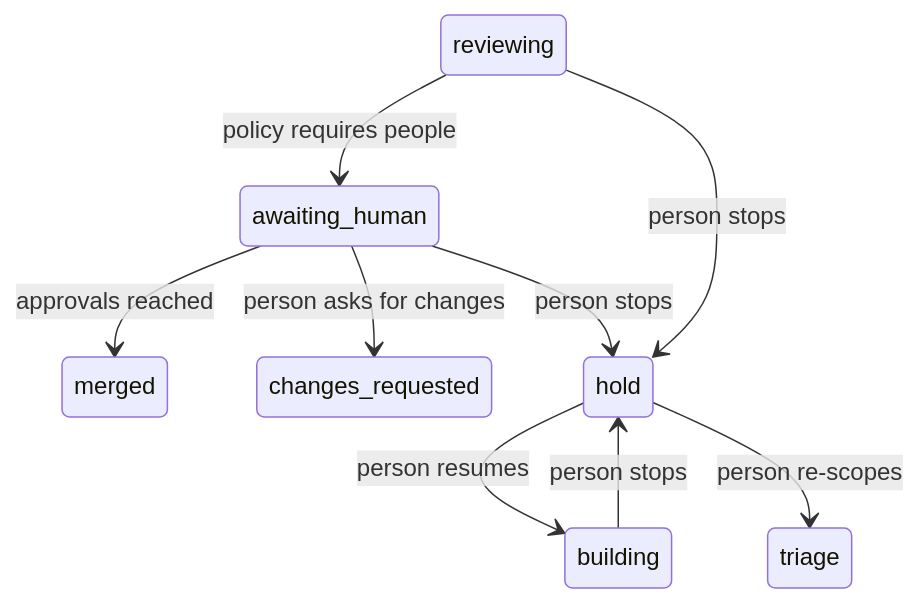
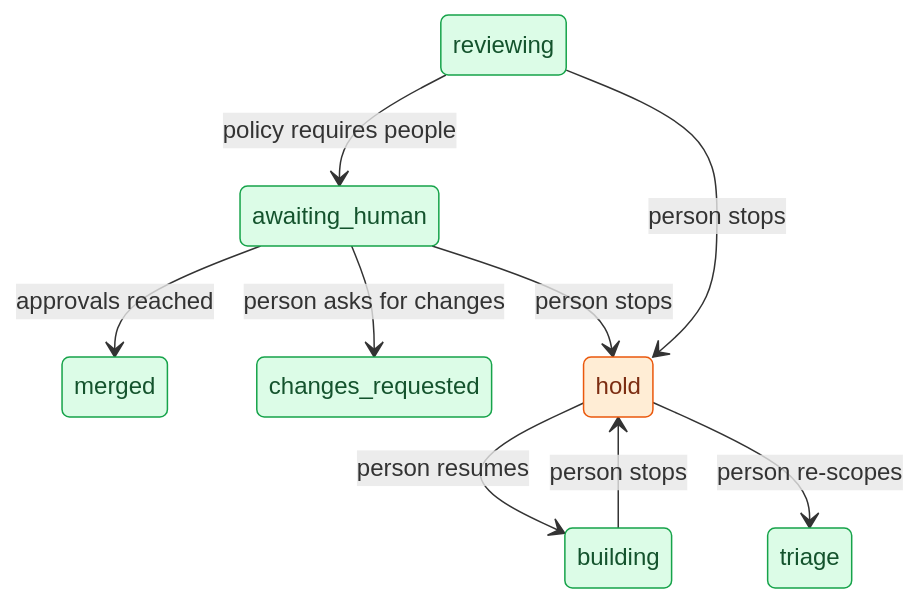
The diagram in docs/06-merge-policy/human-review-and-hold.md (icelink-ai/software-factory-manifesto), drawn with Mermaid before and after one commit. The commit also changed other lines of this file and 73 other files, not shown here.

````diff
--- a/docs/06-merge-policy/human-review-and-hold.md
+++ b/docs/06-merge-policy/human-review-and-hold.md
@@ -36,11 +37,18 @@
 ```mermaid
 stateDiagram-v2
     reviewing --> awaiting_human: policy requires people
     awaiting_human --> merged: approvals reached
     awaiting_human --> changes_requested: person asks for changes
     awaiting_human --> hold: person stops
     reviewing --> hold: person stops
     building --> hold: person stops
     hold --> building: person resumes
     hold --> triage: person re-scopes
+    class reviewing,awaiting_human,merged,changes_requested,building,triage state
+    class hold stop
+    classDef person fill:#dbeafe,stroke:#2563eb,color:#1e3a8a
+    classDef script fill:#f1f5f9,stroke:#64748b,color:#0f172a
+    classDef agent fill:#ede9fe,stroke:#7c3aed,color:#4c1d95
+    classDef state fill:#dcfce7,stroke:#16a34a,color:#14532d
+    classDef stop fill:#ffedd5,stroke:#ea580c,color:#7c2d12
 ```
````
